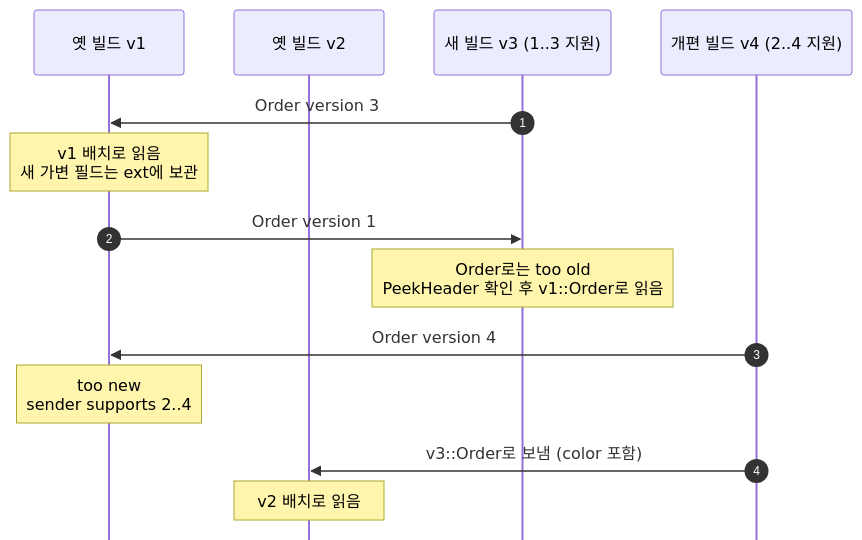
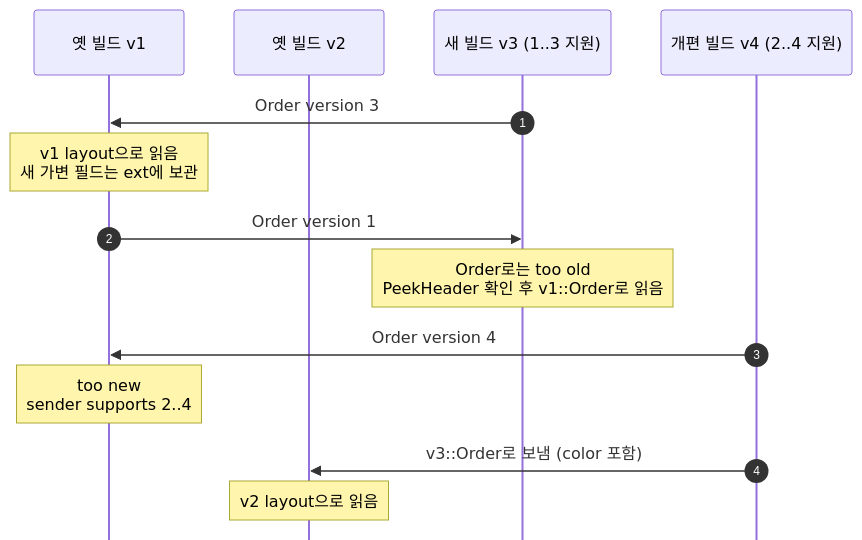
Before and after one commit to splendidz/protaco: the diagram in README.ko.md, drawn with Mermaid. The commit also changed other lines of this file and 4 other files, not shown here.

Commit message:
Docs (ko): English terms for awkward Korean words (Envelope, fingerprint, layout, limit, correlation id, flow list, canonical text, warm-up, error bar); benchmark guide links to the moved README section

````diff
--- a/README.ko.md
+++ b/README.ko.md
@@ -1013,17 +1013,17 @@
 ```mermaid
 %%{init: {"sequence": {"mirrorActors": false}}}%%
 sequenceDiagram
     autonumber
     participant V1 as 옛 빌드 v1
     participant V2 as 옛 빌드 v2
     participant V3 as 새 빌드 v3 (1..3 지원)
     participant V4 as 개편 빌드 v4 (2..4 지원)
     V3->>V1: Order version 3
-    Note over V1: v1 배치로 읽음<br/>새 가변 필드는 ext에 보관
+    Note over V1: v1 layout으로 읽음<br/>새 가변 필드는 ext에 보관
     V1->>V3: Order version 1
     Note over V3: Order로는 too old<br/>PeekHeader 확인 후 v1::Order로 읽음
     V4->>V1: Order version 4
     Note over V1: too new<br/>sender supports 2..4
     V4->>V2: v3::Order로 보냄 (color 포함)
-    Note over V2: v2 배치로 읽음
+    Note over V2: v2 layout으로 읽음
 ```
````
